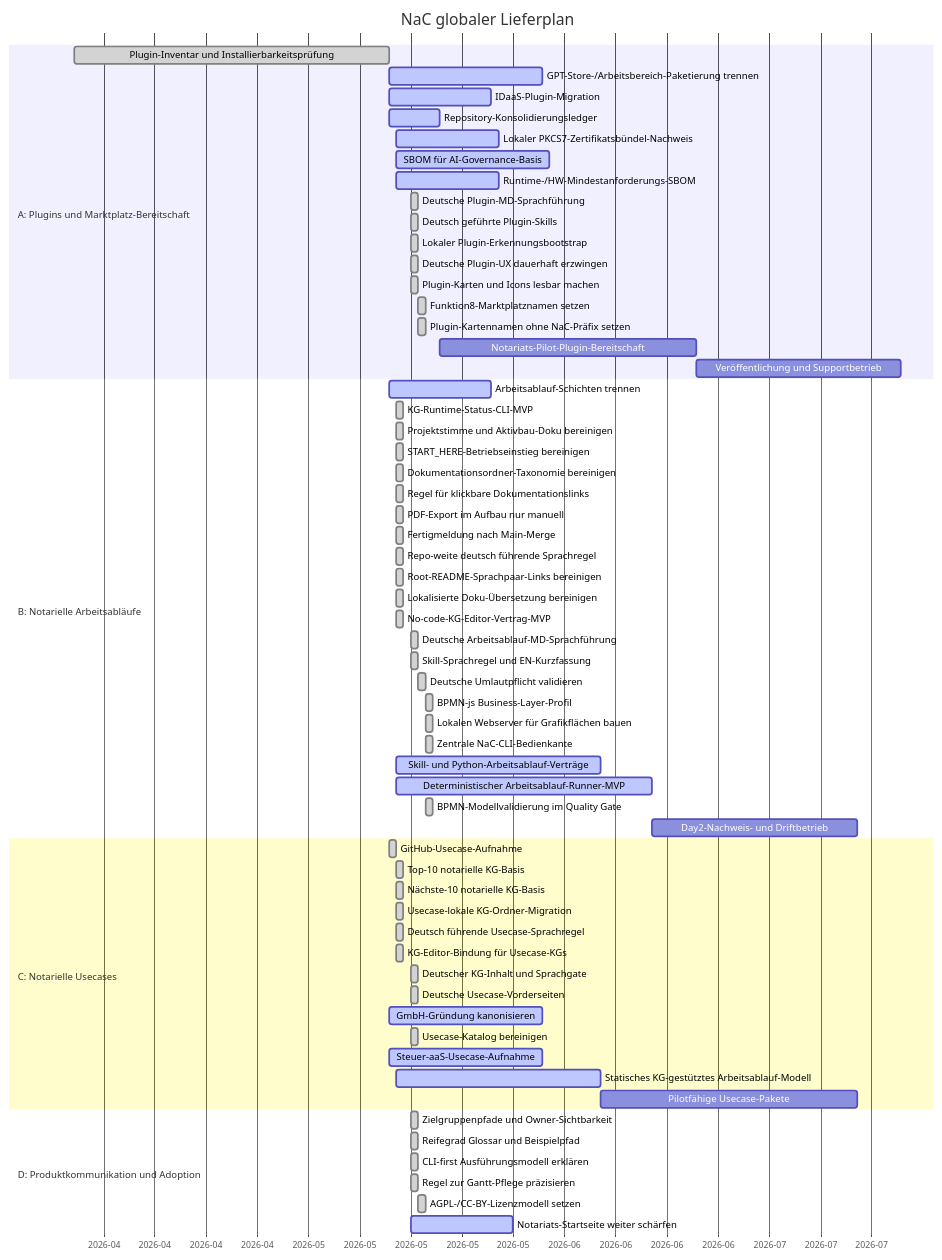
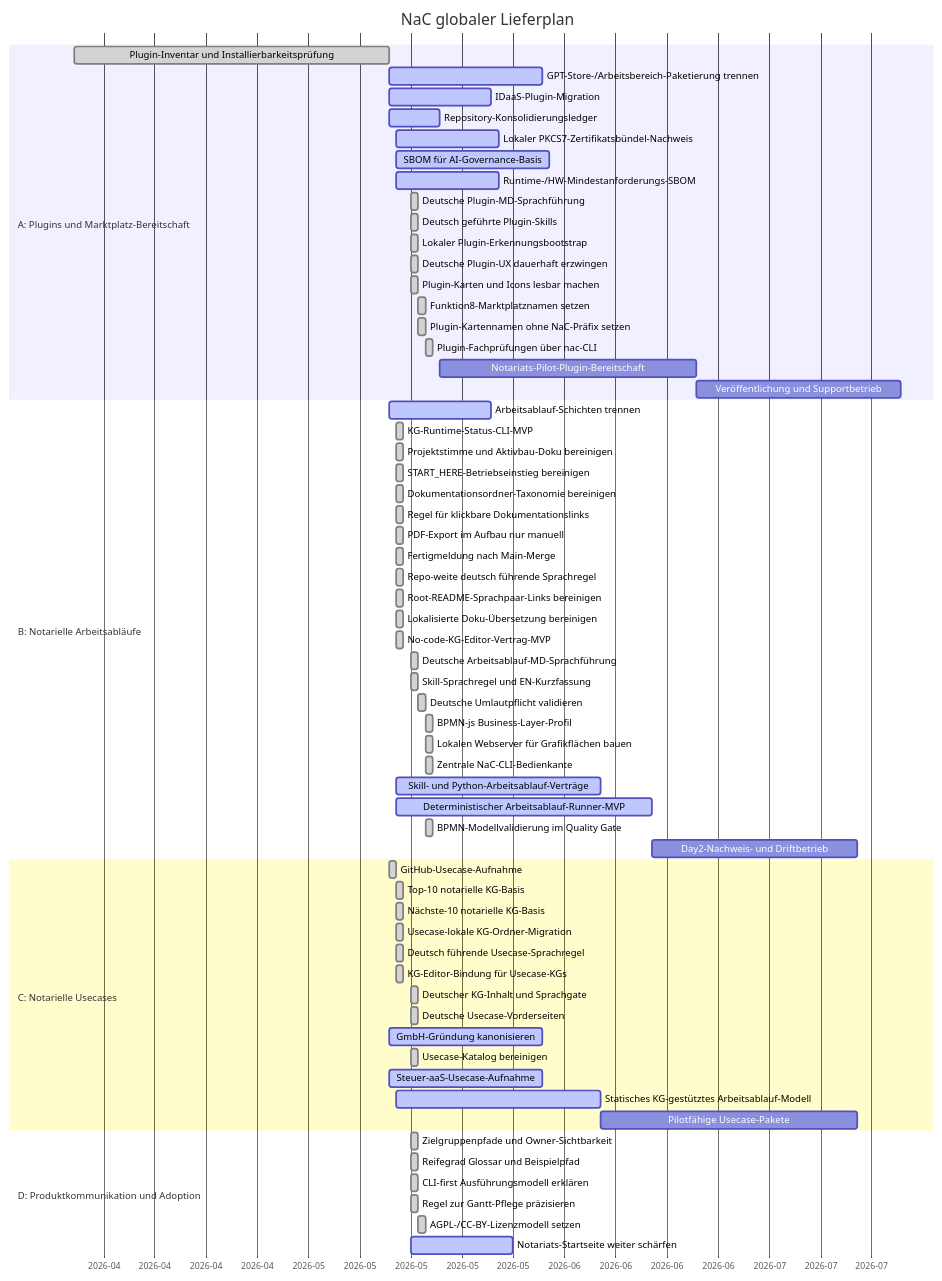
Before and after one commit to notariat8/NaC: the diagram in roadmap/GANTT.md, drawn with Mermaid. The commit also changed other lines of this file and 11 other files, not shown here.

Commit message:
Expose plugin checks through NaC CLI

````diff
--- a/roadmap/GANTT.md
+++ b/roadmap/GANTT.md
@@ -14,71 +14,72 @@
 ```mermaid
 gantt
     title NaC globaler Lieferplan
     dateFormat  YYYY-MM-DD
     axisFormat  %Y-%m
 
     section A: Plugins und Marktplatz-Bereitschaft
     Plugin-Inventar und Installierbarkeitsprüfung :done, a1, 2026-04-01, 2026-05-14
     GPT-Store-/Arbeitsbereich-Paketierung trennen :active, a2, 2026-05-14, 21d
     IDaaS-Plugin-Migration                       :active,  a3, 2026-05-14, 14d
     Repository-Konsolidierungsledger             :active,  a4, 2026-05-14, 7d
     Lokaler PKCS7-Zertifikatsbündel-Nachweis    :active,  a4a, 2026-05-15, 14d
     SBOM für AI-Governance-Basis                :active,  a4b, 2026-05-15, 21d
     Runtime-/HW-Mindestanforderungs-SBOM         :active,  a4c, 2026-05-15, 14d
     Deutsche Plugin-MD-Sprachführung            :done,    a4d, 2026-05-17, 1d
     Deutsch geführte Plugin-Skills              :done,    a4e, 2026-05-17, 1d
     Lokaler Plugin-Erkennungsbootstrap           :done,    a4f, 2026-05-17, 1d
     Deutsche Plugin-UX dauerhaft erzwingen       :done,    a4g, 2026-05-17, 1d
     Plugin-Karten und Icons lesbar machen        :done,    a4h, 2026-05-17, 1d
     Funktion8-Marktplatznamen setzen             :done,    a4i, 2026-05-18, 1d
     Plugin-Kartennamen ohne NaC-Präfix setzen    :done,    a4j, 2026-05-18, 1d
+    Plugin-Fachprüfungen über nac-CLI            :done,    a4k, 2026-05-19, 1d
     Notariats-Pilot-Plugin-Bereitschaft          :         a5, after a4, 35d
     Veröffentlichung und Supportbetrieb         :         a6, after a5, 28d
 
     section B: Notarielle Arbeitsabläufe
     Arbeitsablauf-Schichten trennen              :active,  b1, 2026-05-14, 14d
     KG-Runtime-Status-CLI-MVP                    :done,    b1a, 2026-05-15, 1d
     Projektstimme und Aktivbau-Doku bereinigen   :done,    b1b, 2026-05-15, 1d
     START_HERE-Betriebseinstieg bereinigen       :done,    b1c, 2026-05-15, 1d
     Dokumentationsordner-Taxonomie bereinigen    :done,    b1d, 2026-05-15, 1d
     Regel für klickbare Dokumentationslinks     :done,    b1e, 2026-05-15, 1d
     PDF-Export im Aufbau nur manuell             :done,    b1f, 2026-05-15, 1d
     Fertigmeldung nach Main-Merge                :done,    b1g, 2026-05-15, 1d
     Repo-weite deutsch führende Sprachregel     :done,    b1h, 2026-05-15, 1d
     Root-README-Sprachpaar-Links bereinigen      :done,    b1i, 2026-05-15, 1d
     Lokalisierte Doku-Übersetzung bereinigen    :done,    b1j, 2026-05-15, 1d
     No-code-KG-Editor-Vertrag-MVP                :done,    b1k, 2026-05-15, 1d
     Deutsche Arbeitsablauf-MD-Sprachführung     :done,    b1l, 2026-05-17, 1d
     Skill-Sprachregel und EN-Kurzfassung         :done,    b1m, 2026-05-17, 1d
     Deutsche Umlautpflicht validieren            :done,    b1n, 2026-05-18, 1d
     BPMN-js Business-Layer-Profil                :done,    b1o, 2026-05-19, 1d
     Lokalen Webserver für Grafikflächen bauen   :done,    b1p, 2026-05-19, 1d
     Zentrale NaC-CLI-Bedienkante                 :done,    b1q, 2026-05-19, 1d
     Skill- und Python-Arbeitsablauf-Verträge    :active,  b2, 2026-05-15, 28d
     Deterministischer Arbeitsablauf-Runner-MVP   :active,  b3, 2026-05-15, 35d
     BPMN-Modellvalidierung im Quality Gate       :done,    b3a, 2026-05-19, 1d
     Day2-Nachweis- und Driftbetrieb              :         b4, after b3, 28d
 
     section C: Notarielle Usecases
     GitHub-Usecase-Aufnahme                      :done,    c1, 2026-05-14, 1d
     Top-10 notarielle KG-Basis                   :done,    c2, 2026-05-15, 1d
     Nächste-10 notarielle KG-Basis              :done,    c3, 2026-05-15, 1d
     Usecase-lokale KG-Ordner-Migration           :done,    c3a, 2026-05-15, 1d
     Deutsch führende Usecase-Sprachregel        :done,    c3b, 2026-05-15, 1d
     KG-Editor-Bindung für Usecase-KGs           :done,    c3c, 2026-05-15, 1d
     Deutscher KG-Inhalt und Sprachgate           :done,    c3d, 2026-05-17, 1d
     Deutsche Usecase-Vorderseiten                :done,    c3e, 2026-05-17, 1d
     GmbH-Gründung kanonisieren                  :active,  c4, 2026-05-14, 21d
     Usecase-Katalog bereinigen                 :done,    c5, 2026-05-17, 1d
     Steuer-aaS-Usecase-Aufnahme                  :active,  c6, 2026-05-14, 21d
     Statisches KG-gestütztes Arbeitsablauf-Modell :active, c7, 2026-05-15, 28d
     Pilotfähige Usecase-Pakete                  :         c8, after c7, 35d
 
     section D: Produktkommunikation und Adoption
     Zielgruppenpfade und Owner-Sichtbarkeit      :done,    d1, 2026-05-17, 1d
     Reifegrad Glossar und Beispielpfad           :done,    d1a, 2026-05-17, 1d
     CLI-first Ausführungsmodell erklären       :done,    d1b, 2026-05-17, 1d
     Regel zur Gantt-Pflege präzisieren         :done,    d1c, 2026-05-17, 1d
     AGPL-/CC-BY-Lizenzmodell setzen              :done,    d1d, 2026-05-18, 1d
     Notariats-Startseite weiter schärfen        :active,  d2, 2026-05-17, 14d
 ```
````
